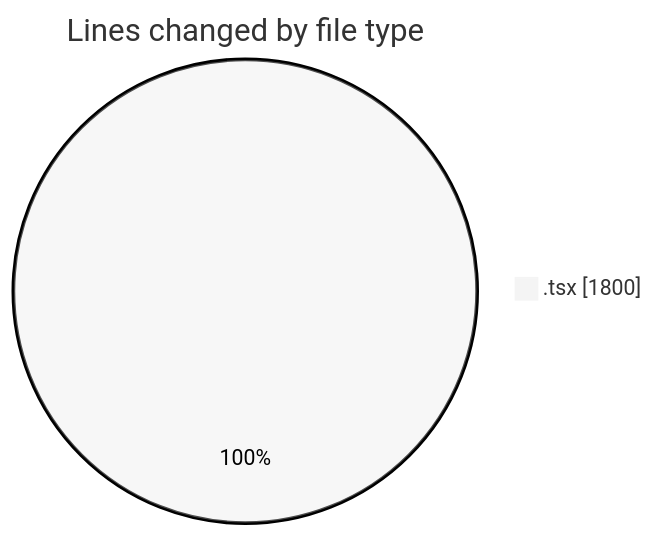
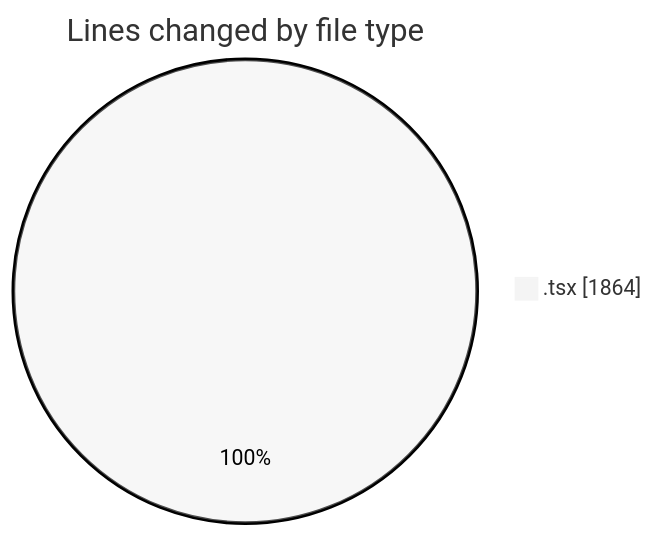
One commit to nxtqubesakshisongat/code-tracking changed the first of 2 diagrams in 2026-07-06/nxtqube_webapp/README.md. Above: the diagram before and after it, drawn with Mermaid (neutral theme). The commit also changed other lines of this file and 1 other file, not shown here.

````diff
--- a/2026-07-06/nxtqube_webapp/README.md
+++ b/2026-07-06/nxtqube_webapp/README.md
@@ -23,5 +24,5 @@
 ```mermaid
 pie showData
 title Lines changed by file type
-".tsx" : 1800
+".tsx" : 1864
 ```
````
